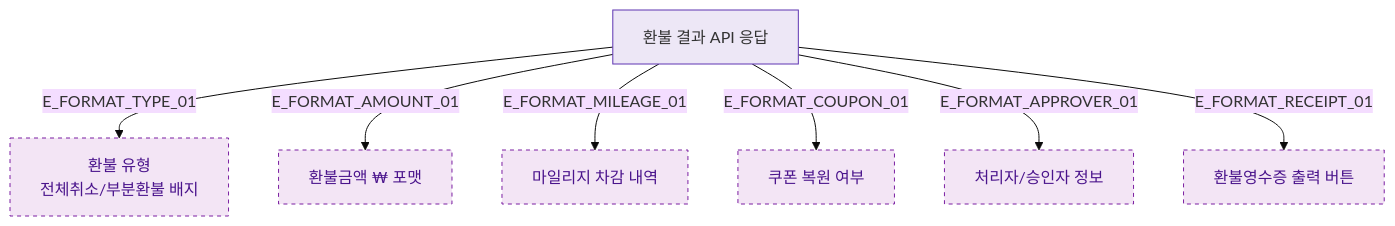
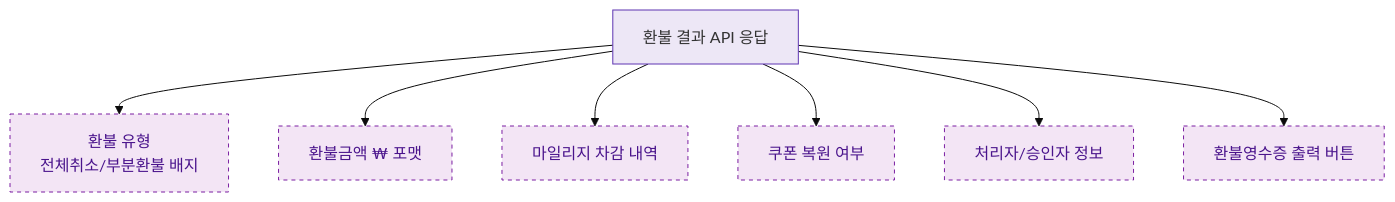
One commit to dev-spogym/admin-pando changed the diagram in docs/다이어그램/D03_매출관리/DLG-S014_환불상세/M2_필드검증.md. Above: the diagram before and after it, drawn with Mermaid (base theme). The commit also changed other lines of this file and 1660 other files, not shown here.

First line of the commit message:
다이어그램: 기획자/클라이언트 납품본으로 정리

````diff
--- a/docs/다이어그램/D03_매출관리/DLG-S014_환불상세/M2_필드검증.md
+++ b/docs/다이어그램/D03_매출관리/DLG-S014_환불상세/M2_필드검증.md
@@ -20,15 +18,15 @@
 ```mermaid
 flowchart TD
-    DATA[환불 결과 API 응답] -->|E_FORMAT_TYPE_01| REFUND_TYPE[환불 유형\n전체취소/부분환불 배지]
-    DATA -->|E_FORMAT_AMOUNT_01| REFUND_AMT[환불금액 ₩ 포맷]
-    DATA -->|E_FORMAT_MILEAGE_01| MILEAGE_INFO[마일리지 차감 내역]
-    DATA -->|E_FORMAT_COUPON_01| COUPON_INFO[쿠폰 복원 여부]
-    DATA -->|E_FORMAT_APPROVER_01| APPROVER_INFO[처리자/승인자 정보]
-    DATA -->|E_FORMAT_RECEIPT_01| RECEIPT_BTN[환불영수증 출력 버튼]
+    DATA[환불 결과 API 응답] --> REFUND_TYPE[환불 유형\n전체취소/부분환불 배지]
+    DATA --> REFUND_AMT[환불금액 ₩ 포맷]
+    DATA --> MILEAGE_INFO[마일리지 차감 내역]
+    DATA --> COUPON_INFO[쿠폰 복원 여부]
+    DATA --> APPROVER_INFO[처리자/승인자 정보]
+    DATA --> RECEIPT_BTN[환불영수증 출력 버튼]
 
     classDef newFeature fill:#F3E5F5,stroke:#7B1FA2,color:#4A148C,stroke-dasharray:4 4
     classDef system fill:#EDE7F6,stroke:#5E35B2
 
     class DATA system
     class REFUND_TYPE,REFUND_AMT,MILEAGE_INFO,COUPON_INFO,APPROVER_INFO,RECEIPT_BTN newFeature
 ```
````
